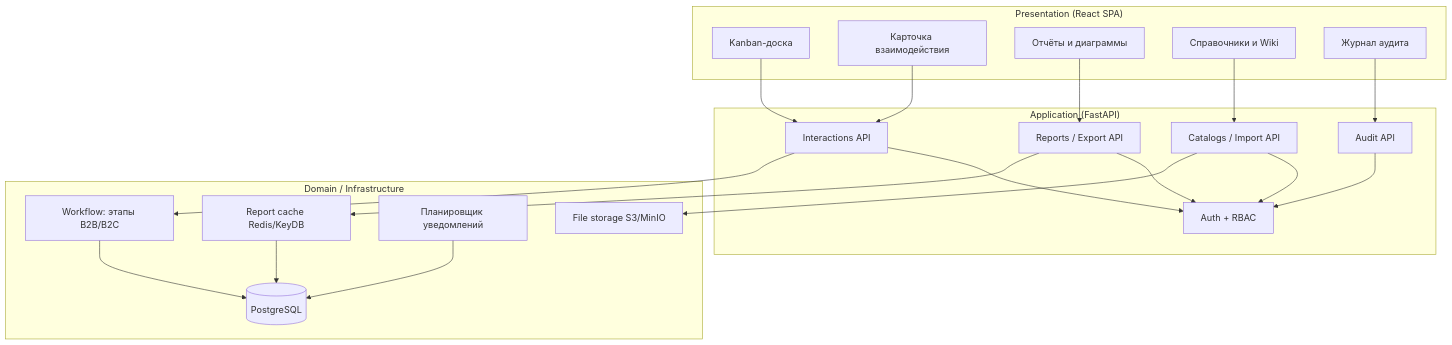
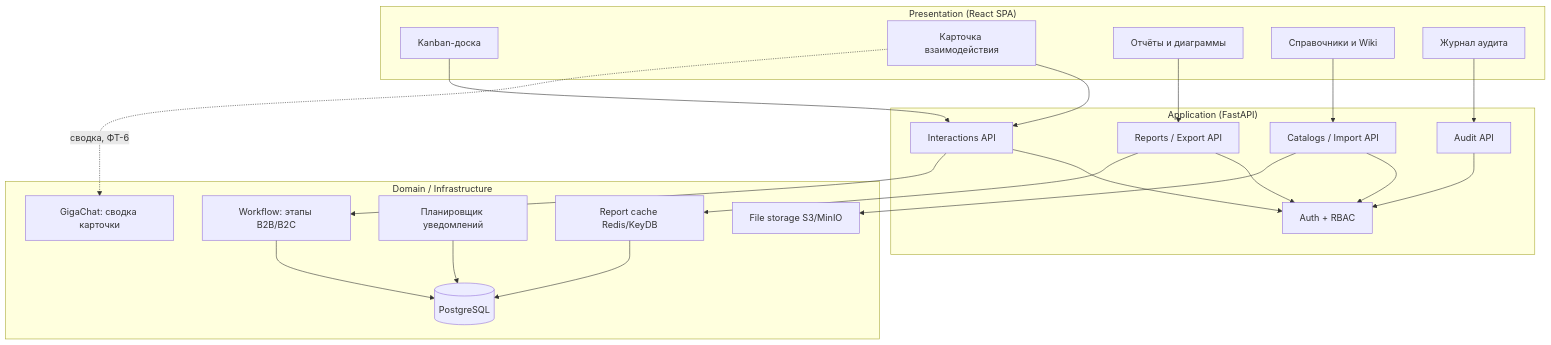
One commit to Pavel1778/rtk-crm changed the second of 2 diagrams in frontend/public/docs/architecture/functional.md. Above: the diagram before and after it, drawn with Mermaid. The commit also changed other lines of this file and 15 other files, not shown here.

````diff
--- a/frontend/public/docs/architecture/functional.md
+++ b/frontend/public/docs/architecture/functional.md
@@ -34,40 +34,42 @@
 ```mermaid
 flowchart TB
     subgraph Presentation["Presentation (React SPA)"]
         board[Kanban-доска]
         card[Карточка взаимодействия]
         report[Отчёты и диаграммы]
         dirs[Справочники и Wiki]
         audit_ui[Журнал аудита]
     end
 
     subgraph Application["Application (FastAPI)"]
         interactions[Interactions API]
         catalogs[Catalogs / Import API]
         reports_api[Reports / Export API]
         audit_api[Audit API]
         authz[Auth + RBAC]
     end
 
     subgraph Domain["Domain / Infrastructure"]
         workflow[Workflow: этапы B2B/B2C]
         cache[Report cache Redis/KeyDB]
         scheduler[Планировщик уведомлений]
         storage[File storage S3/MinIO]
+        gigachat[GigaChat: сводка карточки]
         db[(PostgreSQL)]
     end
 
     board --> interactions
     card --> interactions
     dirs --> catalogs
     report --> reports_api
     audit_ui --> audit_api
     interactions --> authz
     catalogs --> authz
     reports_api --> authz
     audit_api --> authz
     interactions --> workflow --> db
     reports_api --> cache --> db
     catalogs --> storage
     scheduler --> db
+    card -.->|сводка, ФТ-6| gigachat
 ```
````
